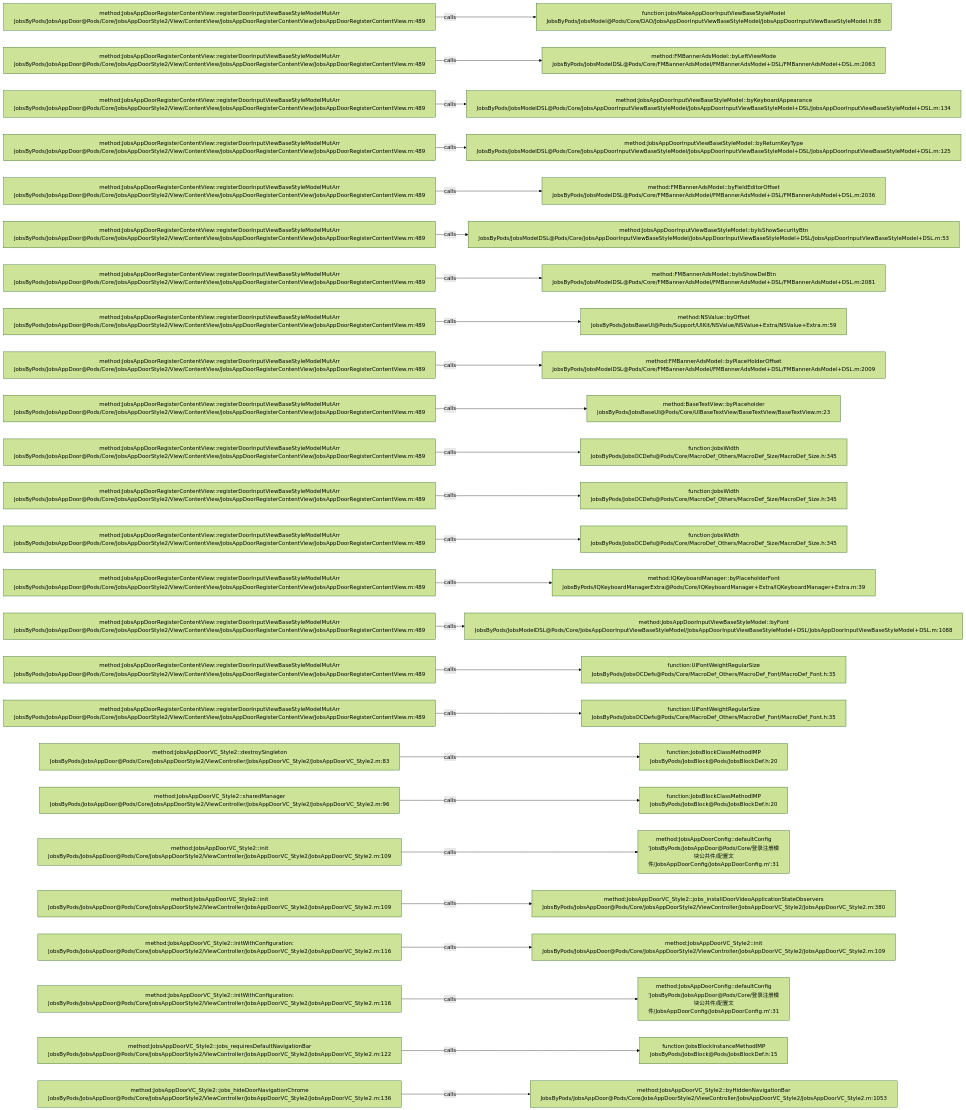
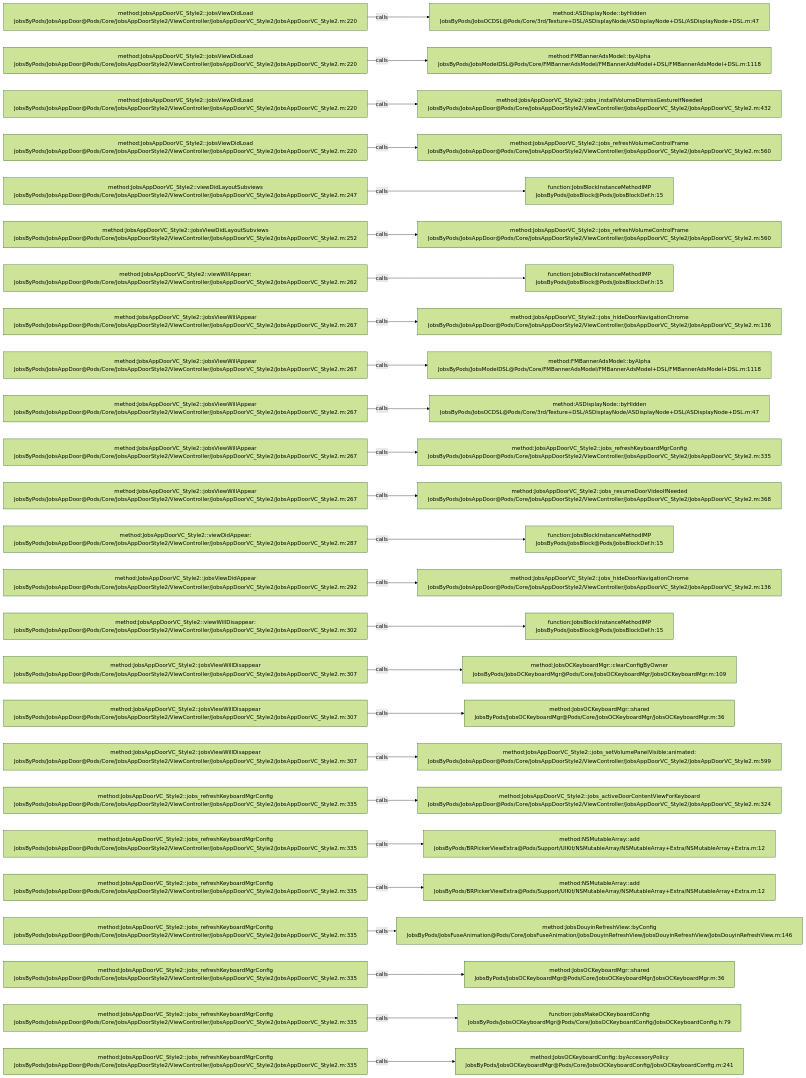
Before and after one commit to JobsKits/JobsOCBaseConfigDemo: the diagram in .codegraph/codegraph.md/graphs/calls-137.md, drawn with Mermaid (forest theme). The commit also changed 223 other files, not shown here.

````diff
--- a/.codegraph/codegraph.md/graphs/calls-137.md
+++ b/.codegraph/codegraph.md/graphs/calls-137.md
@@ -13,78 +13,78 @@
 ```mermaid
 flowchart LR
-  S1["method:JobsAppDoorRegisterContentView::registerDoorInputViewBaseStyleModelMutArr<br/>JobsByPods/JobsAppDoor@Pods/Core/JobsAppDoorStyle2/View/ContentView/JobsAppDoorRegisterContentView/JobsAppDoorRegisterContentView.m:489"]
-  T1["function:jobsMakeAppDoorInputViewBaseStyleModel<br/>JobsByPods/JobsModel@Pods/Core/DAO/JobsAppDoorInputViewBaseStyleModel/JobsAppDoorInputViewBaseStyleModel.h:88"]
+  S1["method:JobsAppDoorVC_Style2::jobsViewDidLoad<br/>JobsByPods/JobsAppDoor@Pods/Core/JobsAppDoorStyle2/ViewController/JobsAppDoorVC_Style2/JobsAppDoorVC_Style2.m:220"]
+  T1["method:ASDisplayNode::byHidden<br/>JobsByPods/JobsOCDSL@Pods/Core/3rd/Texture+DSL/ASDisplayNode/ASDisplayNode+DSL/ASDisplayNode+DSL.m:47"]
   S1 -->|calls| T1
-  S2["method:JobsAppDoorRegisterContentView::registerDoorInputViewBaseStyleModelMutArr<br/>JobsByPods/JobsAppDoor@Pods/Core/JobsAppDoorStyle2/View/ContentView/JobsAppDoorRegisterContentView/JobsAppDoorRegisterContentView.m:489"]
-  T2["method:FMBannerAdsModel::byLeftViewMode<br/>JobsByPods/JobsModelDSL@Pods/Core/FMBannerAdsModel/FMBannerAdsModel+DSL/FMBannerAdsModel+DSL.m:2063"]
+  S2["method:JobsAppDoorVC_Style2::jobsViewDidLoad<br/>JobsByPods/JobsAppDoor@Pods/Core/JobsAppDoorStyle2/ViewController/JobsAppDoorVC_Style2/JobsAppDoorVC_Style2.m:220"]
+  T2["method:FMBannerAdsModel::byAlpha<br/>JobsByPods/JobsModelDSL@Pods/Core/FMBannerAdsModel/FMBannerAdsModel+DSL/FMBannerAdsModel+DSL.m:1118"]
   S2 -->|calls| T2
-  S3["method:JobsAppDoorRegisterContentView::registerDoorInputViewBaseStyleModelMutArr<br/>JobsByPods/JobsAppDoor@Pods/Core/JobsAppDoorStyle2/View/ContentView/JobsAppDoorRegisterContentView/JobsAppDoorRegisterContentView.m:489"]
-  T3["method:JobsAppDoorInputViewBaseStyleModel::byKeyboardAppearance<br/>JobsByPods/JobsModelDSL@Pods/Core/JobsAppDoorInputViewBaseStyleModel/JobsAppDoorInputViewBaseStyleModel+DSL/JobsAppDoorInputViewBaseStyleModel+DSL.m:134"]
+  S3["method:JobsAppDoorVC_Style2::jobsViewDidLoad<br/>JobsByPods/JobsAppDoor@Pods/Core/JobsAppDoorStyle2/ViewController/JobsAppDoorVC_Style2/JobsAppDoorVC_Style2.m:220"]
+  T3["method:JobsAppDoorVC_Style2::jobs_installVolumeDismissGestureIfNeeded<br/>JobsByPods/JobsAppDoor@Pods/Core/JobsAppDoorStyle2/ViewController/JobsAppDoorVC_Style2/JobsAppDoorVC_Style2.m:432"]
   S3 -->|calls| T3
-  S4["method:JobsAppDoorRegisterContentView::registerDoorInputViewBaseStyleModelMutArr<br/>JobsByPods/JobsAppDoor@Pods/Core/JobsAppDoorStyle2/View/ContentView/JobsAppDoorRegisterContentView/JobsAppDoorRegisterContentView.m:489"]
-  T4["method:JobsAppDoorInputViewBaseStyleModel::byReturnKeyType<br/>JobsByPods/JobsModelDSL@Pods/Core/JobsAppDoorInputViewBaseStyleModel/JobsAppDoorInputViewBaseStyleModel+DSL/JobsAppDoorInputViewBaseStyleModel+DSL.m:125"]
+  S4["method:JobsAppDoorVC_Style2::jobsViewDidLoad<br/>JobsByPods/JobsAppDoor@Pods/Core/JobsAppDoorStyle2/ViewController/JobsAppDoorVC_Style2/JobsAppDoorVC_Style2.m:220"]
+  T4["method:JobsAppDoorVC_Style2::jobs_refreshVolumeControlFrame<br/>JobsByPods/JobsAppDoor@Pods/Core/JobsAppDoorStyle2/ViewController/JobsAppDoorVC_Style2/JobsAppDoorVC_Style2.m:560"]
   S4 -->|calls| T4
-  S5["method:JobsAppDoorRegisterContentView::registerDoorInputViewBaseStyleModelMutArr<br/>JobsByPods/JobsAppDoor@Pods/Core/JobsAppDoorStyle2/View/ContentView/JobsAppDoorRegisterContentView/JobsAppDoorRegisterContentView.m:489"]
-  T5["method:FMBannerAdsModel::byFieldEditorOffset<br/>JobsByPods/JobsModelDSL@Pods/Core/FMBannerAdsModel/FMBannerAdsModel+DSL/FMBannerAdsModel+DSL.m:2036"]
+  S5["method:JobsAppDoorVC_Style2::viewDidLayoutSubviews<br/>JobsByPods/JobsAppDoor@Pods/Core/JobsAppDoorStyle2/ViewController/JobsAppDoorVC_Style2/JobsAppDoorVC_Style2.m:247"]
+  T5["function:JobsBlockInstanceMethodIMP<br/>JobsByPods/JobsBlock@Pods/JobsBlockDef.h:15"]
   S5 -->|calls| T5
-  S6["method:JobsAppDoorRegisterContentView::registerDoorInputViewBaseStyleModelMutArr<br/>JobsByPods/JobsAppDoor@Pods/Core/JobsAppDoorStyle2/View/ContentView/JobsAppDoorRegisterContentView/JobsAppDoorRegisterContentView.m:489"]
-  T6["method:JobsAppDoorInputViewBaseStyleModel::byIsShowSecurityBtn<br/>JobsByPods/JobsModelDSL@Pods/Core/JobsAppDoorInputViewBaseStyleModel/JobsAppDoorInputViewBaseStyleModel+DSL/JobsAppDoorInputViewBaseStyleModel+DSL.m:53"]
+  S6["method:JobsAppDoorVC_Style2::jobsViewDidLayoutSubviews<br/>JobsByPods/JobsAppDoor@Pods/Core/JobsAppDoorStyle2/ViewController/JobsAppDoorVC_Style2/JobsAppDoorVC_Style2.m:252"]
+  T6["method:JobsAppDoorVC_Style2::jobs_refreshVolumeControlFrame<br/>JobsByPods/JobsAppDoor@Pods/Core/JobsAppDoorStyle2/ViewController/JobsAppDoorVC_Style2/JobsAppDoorVC_Style2.m:560"]
   S6 -->|calls| T6
-  S7["method:JobsAppDoorRegisterContentView::registerDoorInputViewBaseStyleModelMutArr<br/>JobsByPods/JobsAppDoor@Pods/Core/JobsAppDoorStyle2/View/ContentView/JobsAppDoorRegisterContentView/JobsAppDoorRegisterContentView.m:489"]
-  T7["method:FMBannerAdsModel::byIsShowDelBtn<br/>JobsByPods/JobsModelDSL@Pods/Core/FMBannerAdsModel/FMBannerAdsModel+DSL/FMBannerAdsModel+DSL.m:2081"]
+  S7["method:JobsAppDoorVC_Style2::viewWillAppear:<br/>JobsByPods/JobsAppDoor@Pods/Core/JobsAppDoorStyle2/ViewController/JobsAppDoorVC_Style2/JobsAppDoorVC_Style2.m:262"]
+  T7["function:JobsBlockInstanceMethodIMP<br/>JobsByPods/JobsBlock@Pods/JobsBlockDef.h:15"]
   S7 -->|calls| T7
-  S8["method:JobsAppDoorRegisterContentView::registerDoorInputViewBaseStyleModelMutArr<br/>JobsByPods/JobsAppDoor@Pods/Core/JobsAppDoorStyle2/View/ContentView/JobsAppDoorRegisterContentView/JobsAppDoorRegisterContentView.m:489"]
-  T8["method:NSValue::byOffset<br/>JobsByPods/JobsBaseUI@Pods/Support/UIKit/NSValue/NSValue+Extra/NSValue+Extra.m:59"]
+  S8["method:JobsAppDoorVC_Style2::jobsViewWillAppear<br/>JobsByPods/JobsAppDoor@Pods/Core/JobsAppDoorStyle2/ViewController/JobsAppDoorVC_Style2/JobsAppDoorVC_Style2.m:267"]
+  T8["method:JobsAppDoorVC_Style2::jobs_hideDoorNavigationChrome<br/>JobsByPods/JobsAppDoor@Pods/Core/JobsAppDoorStyle2/ViewController/JobsAppDoorVC_Style2/JobsAppDoorVC_Style2.m:136"]
   S8 -->|calls| T8
-  S9["method:JobsAppDoorRegisterContentView::registerDoorInputViewBaseStyleModelMutArr<br/>JobsByPods/JobsAppDoor@Pods/Core/JobsAppDoorStyle2/View/ContentView/JobsAppDoorRegisterContentView/JobsAppDoorRegisterContentView.m:489"]
-  T9["method:FMBannerAdsModel::byPlaceHolderOffset<br/>JobsByPods/JobsModelDSL@Pods/Core/FMBannerAdsModel/FMBannerAdsModel+DSL/FMBannerAdsModel+DSL.m:2009"]
+  S9["method:JobsAppDoorVC_Style2::jobsViewWillAppear<br/>JobsByPods/JobsAppDoor@Pods/Core/JobsAppDoorStyle2/ViewController/JobsAppDoorVC_Style2/JobsAppDoorVC_Style2.m:267"]
+  T9["method:FMBannerAdsModel::byAlpha<br/>JobsByPods/JobsModelDSL@Pods/Core/FMBannerAdsModel/FMBannerAdsModel+DSL/FMBannerAdsModel+DSL.m:1118"]
   S9 -->|calls| T9
-  S10["method:JobsAppDoorRegisterContentView::registerDoorInputViewBaseStyleModelMutArr<br/>JobsByPods/JobsAppDoor@Pods/Core/JobsAppDoorStyle2/View/ContentView/JobsAppDoorRegisterContentView/JobsAppDoorRegisterContentView.m:489"]
-  T10["method:BaseTextView::byPlaceholder<br/>JobsByPods/JobsBaseUI@Pods/Core/UIBaseTextView/BaseTextView/BaseTextView.m:23"]
+  S10["method:JobsAppDoorVC_Style2::jobsViewWillAppear<br/>JobsByPods/JobsAppDoor@Pods/Core/JobsAppDoorStyle2/ViewController/JobsAppDoorVC_Style2/JobsAppDoorVC_Style2.m:267"]
+  T10["method:ASDisplayNode::byHidden<br/>JobsByPods/JobsOCDSL@Pods/Core/3rd/Texture+DSL/ASDisplayNode/ASDisplayNode+DSL/ASDisplayNode+DSL.m:47"]
   S10 -->|calls| T10
-  S11["method:JobsAppDoorRegisterContentView::registerDoorInputViewBaseStyleModelMutArr<br/>JobsByPods/JobsAppDoor@Pods/Core/JobsAppDoorStyle2/View/ContentView/JobsAppDoorRegisterContentView/JobsAppDoorRegisterContentView.m:489"]
-  T11["function:JobsWidth<br/>JobsByPods/JobsOCDefs@Pods/Core/MacroDef_Others/MacroDef_Size/MacroDef_Size.h:345"]
+  S11["method:JobsAppDoorVC_Style2::jobsViewWillAppear<br/>JobsByPods/JobsAppDoor@Pods/Core/JobsAppDoorStyle2/ViewController/JobsAppDoorVC_Style2/JobsAppDoorVC_Style2.m:267"]
+  T11["method:JobsAppDoorVC_Style2::jobs_refreshKeyboardMgrConfig<br/>JobsByPods/JobsAppDoor@Pods/Core/JobsAppDoorStyle2/ViewController/JobsAppDoorVC_Style2/JobsAppDoorVC_Style2.m:335"]
   S11 -->|calls| T11
-  S12["method:JobsAppDoorRegisterContentView::registerDoorInputViewBaseStyleModelMutArr<br/>JobsByPods/JobsAppDoor@Pods/Core/JobsAppDoorStyle2/View/ContentView/JobsAppDoorRegisterContentView/JobsAppDoorRegisterContentView.m:489"]
-  T12["function:JobsWidth<br/>JobsByPods/JobsOCDefs@Pods/Core/MacroDef_Others/MacroDef_Size/MacroDef_Size.h:345"]
+  S12["method:JobsAppDoorVC_Style2::jobsViewWillAppear<br/>JobsByPods/JobsAppDoor@Pods/Core/JobsAppDoorStyle2/ViewController/JobsAppDoorVC_Style2/JobsAppDoorVC_Style2.m:267"]
+  T12["method:JobsAppDoorVC_Style2::jobs_resumeDoorVideoIfNeeded<br/>JobsByPods/JobsAppDoor@Pods/Core/JobsAppDoorStyle2/ViewController/JobsAppDoorVC_Style2/JobsAppDoorVC_Style2.m:368"]
   S12 -->|calls| T12
-  S13["method:JobsAppDoorRegisterContentView::registerDoorInputViewBaseStyleModelMutArr<br/>JobsByPods/JobsAppDoor@Pods/Core/JobsAppDoorStyle2/View/ContentView/JobsAppDoorRegisterContentView/JobsAppDoorRegisterContentView.m:489"]
-  T13["function:JobsWidth<br/>JobsByPods/JobsOCDefs@Pods/Core/MacroDef_Others/MacroDef_Size/MacroDef_Size.h:345"]
+  S13["method:JobsAppDoorVC_Style2::viewDidAppear:<br/>JobsByPods/JobsAppDoor@Pods/Core/JobsAppDoorStyle2/ViewController/JobsAppDoorVC_Style2/JobsAppDoorVC_Style2.m:287"]
+  T13["function:JobsBlockInstanceMethodIMP<br/>JobsByPods/JobsBlock@Pods/JobsBlockDef.h:15"]
   S13 -->|calls| T13
-  S14["method:JobsAppDoorRegisterContentView::registerDoorInputViewBaseStyleModelMutArr<br/>JobsByPods/JobsAppDoor@Pods/Core/JobsAppDoorStyle2/View/ContentView/JobsAppDoorRegisterContentView/JobsAppDoorRegisterContentView.m:489"]
-  T14["method:IQKeyboardManager::byPlaceholderFont<br/>JobsByPods/IQKeyboardManagerExtra@Pods/Core/IQKeyboardManager+Extra/IQKeyboardManager+Extra.m:39"]
+  S14["method:JobsAppDoorVC_Style2::jobsViewDidAppear<br/>JobsByPods/JobsAppDoor@Pods/Core/JobsAppDoorStyle2/ViewController/JobsAppDoorVC_Style2/JobsAppDoorVC_Style2.m:292"]
+  T14["method:JobsAppDoorVC_Style2::jobs_hideDoorNavigationChrome<br/>JobsByPods/JobsAppDoor@Pods/Core/JobsAppDoorStyle2/ViewController/JobsAppDoorVC_Style2/JobsAppDoorVC_Style2.m:136"]
   S14 -->|calls| T14
-  S15["method:JobsAppDoorRegisterContentView::registerDoorInputViewBaseStyleModelMutArr<br/>JobsByPods/JobsAppDoor@Pods/Core/JobsAppDoorStyle2/View/ContentView/JobsAppDoorRegisterContentView/JobsAppDoorRegisterContentView.m:489"]
-  T15["method:JobsAppDoorInputViewBaseStyleModel::byFont<br/>JobsByPods/JobsModelDSL@Pods/Core/JobsAppDoorInputViewBaseStyleModel/JobsAppDoorInputViewBaseStyleModel+DSL/JobsAppDoorInputViewBaseStyleModel+DSL.m:1088"]
+  S15["method:JobsAppDoorVC_Style2::viewWillDisappear:<br/>JobsByPods/JobsAppDoor@Pods/Core/JobsAppDoorStyle2/ViewController/JobsAppDoorVC_Style2/JobsAppDoorVC_Style2.m:302"]
+  T15["function:JobsBlockInstanceMethodIMP<br/>JobsByPods/JobsBlock@Pods/JobsBlockDef.h:15"]
   S15 -->|calls| T15
-  S16["method:JobsAppDoorRegisterContentView::registerDoorInputViewBaseStyleModelMutArr<br/>JobsByPods/JobsAppDoor@Pods/Core/JobsAppDoorStyle2/View/ContentView/JobsAppDoorRegisterContentView/JobsAppDoorRegisterContentView.m:489"]
-  T16["function:UIFontWeightRegularSize<br/>JobsByPods/JobsOCDefs@Pods/Core/MacroDef_Others/MacroDef_Font/MacroDef_Font.h:35"]
+  S16["method:JobsAppDoorVC_Style2::jobsViewWillDisappear<br/>JobsByPods/JobsAppDoor@Pods/Core/JobsAppDoorStyle2/ViewController/JobsAppDoorVC_Style2/JobsAppDoorVC_Style2.m:307"]
+  T16["method:JobsOCKeyboardMgr::clearConfigByOwner<br/>JobsByPods/JobsOCKeyboardMgr@Pods/Core/JobsOCKeyboardMgr/JobsOCKeyboardMgr.m:109"]
   S16 -->|calls| T16
-  S17["method:JobsAppDoorRegisterContentView::registerDoorInputViewBaseStyleModelMutArr<br/>JobsByPods/JobsAppDoor@Pods/Core/JobsAppDoorStyle2/View/ContentView/JobsAppDoorRegisterContentView/JobsAppDoorRegisterContentView.m:489"]
-  T17["function:UIFontWeightRegularSize<br/>JobsByPods/JobsOCDefs@Pods/Core/MacroDef_Others/MacroDef_Font/MacroDef_Font.h:35"]
+  S17["method:JobsAppDoorVC_Style2::jobsViewWillDisappear<br/>JobsByPods/JobsAppDoor@Pods/Core/JobsAppDoorStyle2/ViewController/JobsAppDoorVC_Style2/JobsAppDoorVC_Style2.m:307"]
+  T17["method:JobsOCKeyboardMgr::shared<br/>JobsByPods/JobsOCKeyboardMgr@Pods/Core/JobsOCKeyboardMgr/JobsOCKeyboardMgr.m:36"]
   S17 -->|calls| T17
-  S18["method:JobsAppDoorVC_Style2::destroySingleton<br/>JobsByPods/JobsAppDoor@Pods/Core/JobsAppDoorStyle2/ViewController/JobsAppDoorVC_Style2/JobsAppDoorVC_Style2.m:83"]
-  T18["function:JobsBlockClassMethodIMP<br/>JobsByPods/JobsBlock@Pods/JobsBlockDef.h:20"]
+  S18["method:JobsAppDoorVC_Style2::jobsViewWillDisappear<br/>JobsByPods/JobsAppDoor@Pods/Core/JobsAppDoorStyle2/ViewController/JobsAppDoorVC_Style2/JobsAppDoorVC_Style2.m:307"]
+  T18["method:JobsAppDoorVC_Style2::jobs_setVolumePanelVisible:animated:<br/>JobsByPods/JobsAppDoor@Pods/Core/JobsAppDoorStyle2/ViewController/JobsAppDoorVC_Style2/JobsAppDoorVC_Style2.m:599"]
   S18 -->|calls| T18
-  S19["method:JobsAppDoorVC_Style2::sharedManager<br/>JobsByPods/JobsAppDoor@Pods/Core/JobsAppDoorStyle2/ViewController/JobsAppDoorVC_Style2/JobsAppDoorVC_Style2.m:96"]
-  T19["function:JobsBlockClassMethodIMP<br/>JobsByPods/JobsBlock@Pods/JobsBlockDef.h:20"]
+  S19["method:JobsAppDoorVC_Style2::jobs_refreshKeyboardMgrConfig<br/>JobsByPods/JobsAppDoor@Pods/Core/JobsAppDoorStyle2/ViewController/JobsAppDoorVC_Style2/JobsAppDoorVC_Style2.m:335"]
+  T19["method:JobsAppDoorVC_Style2::jobs_activeDoorContentViewForKeyboard<br/>JobsByPods/JobsAppDoor@Pods/Core/JobsAppDoorStyle2/ViewController/JobsAppDoorVC_Style2/JobsAppDoorVC_Style2.m:324"]
   S19 -->|calls| T19
-  S20["method:JobsAppDoorVC_Style2::init<br/>JobsByPods/JobsAppDoor@Pods/Core/JobsAppDoorStyle2/ViewController/JobsAppDoorVC_Style2/JobsAppDoorVC_Style2.m:109"]
-  T20["method:JobsAppDoorConfig::defaultConfig<br/>'JobsByPods/JobsAppDoor@Pods/Core/登录注册模块公共件/配置文件/JobsAppDoorConfig/JobsAppDoorConfig.m':31"]
+  S20["method:JobsAppDoorVC_Style2::jobs_refreshKeyboardMgrConfig<br/>JobsByPods/JobsAppDoor@Pods/Core/JobsAppDoorStyle2/ViewController/JobsAppDoorVC_Style2/JobsAppDoorVC_Style2.m:335"]
+  T20["method:NSMutableArray::add<br/>JobsByPods/BRPickerViewExtra@Pods/Support/UIKit/NSMutableArray/NSMutableArray+Extra/NSMutableArray+Extra.m:12"]
   S20 -->|calls| T20
-  S21["method:JobsAppDoorVC_Style2::init<br/>JobsByPods/JobsAppDoor@Pods/Core/JobsAppDoorStyle2/ViewController/JobsAppDoorVC_Style2/JobsAppDoorVC_Style2.m:109"]
-  T21["method:JobsAppDoorVC_Style2::jobs_installDoorVideoApplicationStateObservers<br/>JobsByPods/JobsAppDoor@Pods/Core/JobsAppDoorStyle2/ViewController/JobsAppDoorVC_Style2/JobsAppDoorVC_Style2.m:380"]
+  S21["method:JobsAppDoorVC_Style2::jobs_refreshKeyboardMgrConfig<br/>JobsByPods/JobsAppDoor@Pods/Core/JobsAppDoorStyle2/ViewController/JobsAppDoorVC_Style2/JobsAppDoorVC_Style2.m:335"]
+  T21["method:NSMutableArray::add<br/>JobsByPods/BRPickerViewExtra@Pods/Support/UIKit/NSMutableArray/NSMutableArray+Extra/NSMutableArray+Extra.m:12"]
   S21 -->|calls| T21
-  S22["method:JobsAppDoorVC_Style2::initWithConfiguration:<br/>JobsByPods/JobsAppDoor@Pods/Core/JobsAppDoorStyle2/ViewController/JobsAppDoorVC_Style2/JobsAppDoorVC_Style2.m:116"]
-  T22["method:JobsAppDoorVC_Style2::init<br/>JobsByPods/JobsAppDoor@Pods/Core/JobsAppDoorStyle2/ViewController/JobsAppDoorVC_Style2/JobsAppDoorVC_Style2.m:109"]
+  S22["method:JobsAppDoorVC_Style2::jobs_refreshKeyboardMgrConfig<br/>JobsByPods/JobsAppDoor@Pods/Core/JobsAppDoorStyle2/ViewController/JobsAppDoorVC_Style2/JobsAppDoorVC_Style2.m:335"]
+  T22["method:JobsDouyinRefreshView::byConfig<br/>JobsByPods/JobsFuseAnimation@Pods/Core/JobsFuseAnimation/JobsDouyinRefreshView/JobsDouyinRefreshView/JobsDouyinRefreshView.m:146"]
   S22 -->|calls| T22
-  S23["method:JobsAppDoorVC_Style2::initWithConfiguration:<br/>JobsByPods/JobsAppDoor@Pods/Core/JobsAppDoorStyle2/ViewController/JobsAppDoorVC_Style2/JobsAppDoorVC_Style2.m:116"]
-  T23["method:JobsAppDoorConfig::defaultConfig<br/>'JobsByPods/JobsAppDoor@Pods/Core/登录注册模块公共件/配置文件/JobsAppDoorConfig/JobsAppDoorConfig.m':31"]
+  S23["method:JobsAppDoorVC_Style2::jobs_refreshKeyboardMgrConfig<br/>JobsByPods/JobsAppDoor@Pods/Core/JobsAppDoorStyle2/ViewController/JobsAppDoorVC_Style2/JobsAppDoorVC_Style2.m:335"]
+  T23["method:JobsOCKeyboardMgr::shared<br/>JobsByPods/JobsOCKeyboardMgr@Pods/Core/JobsOCKeyboardMgr/JobsOCKeyboardMgr.m:36"]
   S23 -->|calls| T23
-  S24["method:JobsAppDoorVC_Style2::jobs_requiresDefaultNavigationBar<br/>JobsByPods/JobsAppDoor@Pods/Core/JobsAppDoorStyle2/ViewController/JobsAppDoorVC_Style2/JobsAppDoorVC_Style2.m:122"]
-  T24["function:JobsBlockInstanceMethodIMP<br/>JobsByPods/JobsBlock@Pods/JobsBlockDef.h:15"]
+  S24["method:JobsAppDoorVC_Style2::jobs_refreshKeyboardMgrConfig<br/>JobsByPods/JobsAppDoor@Pods/Core/JobsAppDoorStyle2/ViewController/JobsAppDoorVC_Style2/JobsAppDoorVC_Style2.m:335"]
+  T24["function:jobsMakeOCKeyboardConfig<br/>JobsByPods/JobsOCKeyboardMgr@Pods/Core/JobsOCKeyboardConfig/JobsOCKeyboardConfig.h:79"]
   S24 -->|calls| T24
-  S25["method:JobsAppDoorVC_Style2::jobs_hideDoorNavigationChrome<br/>JobsByPods/JobsAppDoor@Pods/Core/JobsAppDoorStyle2/ViewController/JobsAppDoorVC_Style2/JobsAppDoorVC_Style2.m:136"]
-  T25["method:JobsAppDoorVC_Style2::byHiddenNavigationBar<br/>JobsByPods/JobsAppDoor@Pods/Core/JobsAppDoorStyle2/ViewController/JobsAppDoorVC_Style2/JobsAppDoorVC_Style2.m:1053"]
+  S25["method:JobsAppDoorVC_Style2::jobs_refreshKeyboardMgrConfig<br/>JobsByPods/JobsAppDoor@Pods/Core/JobsAppDoorStyle2/ViewController/JobsAppDoorVC_Style2/JobsAppDoorVC_Style2.m:335"]
+  T25["method:JobsOCKeyboardConfig::byAccessoryPolicy<br/>JobsByPods/JobsOCKeyboardMgr@Pods/Core/JobsOCKeyboardConfig/JobsOCKeyboardConfig.m:241"]
   S25 -->|calls| T25
 ```
````
